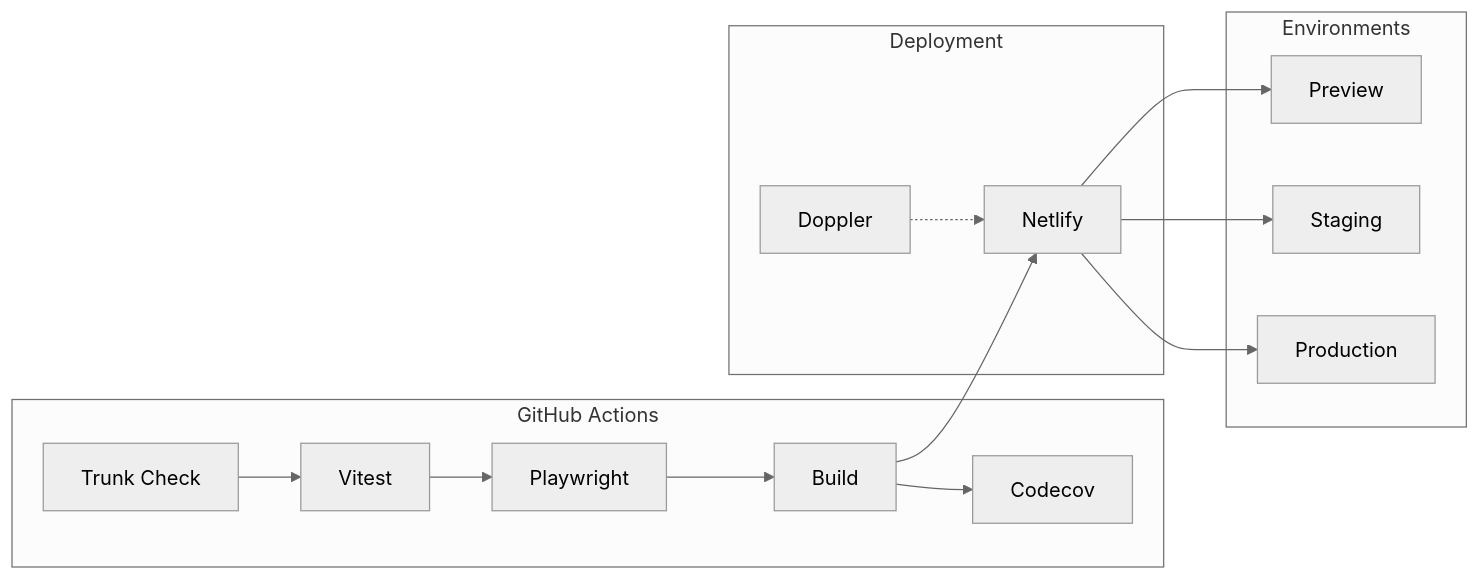
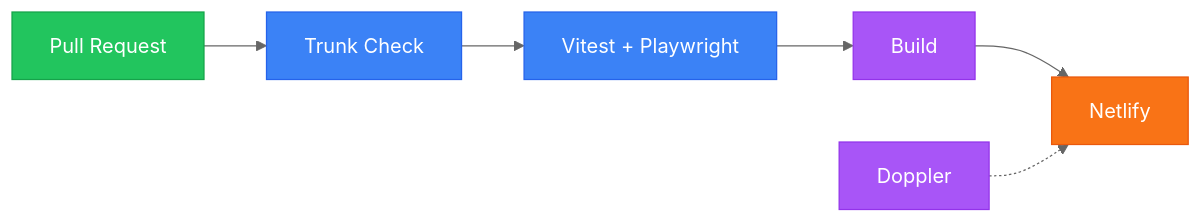
One commit to Natural-Highs/live changed the diagram in docs/project/09-deployment.md. Above: the diagram before and after it, drawn with Mermaid (neutral theme). The commit also changed other lines of this file and 11 other files, not shown here.

````diff
--- a/docs/project/09-deployment.md
+++ b/docs/project/09-deployment.md
@@ -7,20 +7,15 @@
 ```mermaid
 flowchart LR
-    subgraph CI["GitHub Actions"]
-        LINT[Trunk Check] --> UNIT[Vitest]
-        UNIT --> E2E[Playwright]
-        E2E --> BUILD[Build]
-        BUILD --> COV[Codecov]
-    end
+    PR[Pull Request] --> LINT[Trunk Check]
+    LINT --> TEST[Vitest + Playwright]
+    TEST --> BUILD[Build]
+    BUILD --> DEPLOY[Netlify]
+    DOPPLER[Doppler] -.-> DEPLOY
 
-    subgraph DEPLOY["Deployment"]
-        BUILD --> NETLIFY[Netlify]
-        DOPPLER[Doppler] -.-> NETLIFY
-    end
-
-    subgraph ENVS["Environments"]
-        NETLIFY --> DEV[Preview]
-        NETLIFY --> STG[Staging]
-        NETLIFY --> PRD[Production]
-    end
+    style PR fill:#22c55e,stroke:#16a34a,color:#fff
+    style LINT fill:#3b82f6,stroke:#2563eb,color:#fff
+    style TEST fill:#3b82f6,stroke:#2563eb,color:#fff
+    style BUILD fill:#a855f7,stroke:#9333ea,color:#fff
+    style DEPLOY fill:#f97316,stroke:#ea580c,color:#fff
+    style DOPPLER fill:#a855f7,stroke:#9333ea,color:#fff
 ```
````
